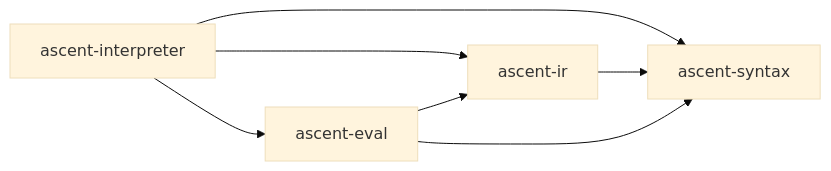
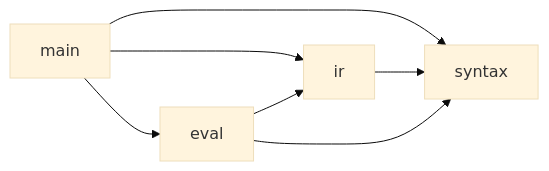
Before and after one commit to pterror/ascent-interpreter: the first of 2 diagrams in docs/reference/architecture.md, drawn with Mermaid (base theme). The commit also changed other lines of this file and 47 other files, not shown here.

````diff
--- a/docs/reference/architecture.md
+++ b/docs/reference/architecture.md
@@ -16,9 +16,9 @@
 ```mermaid
 graph LR
-    interpreter["ascent-interpreter"] --> syntax["ascent-syntax"]
-    interpreter --> ir["ascent-ir"]
-    interpreter --> eval["ascent-eval"]
+    main --> syntax
+    main --> ir
+    main --> eval
     ir --> syntax
     eval --> ir
     eval --> syntax
 ```
````
